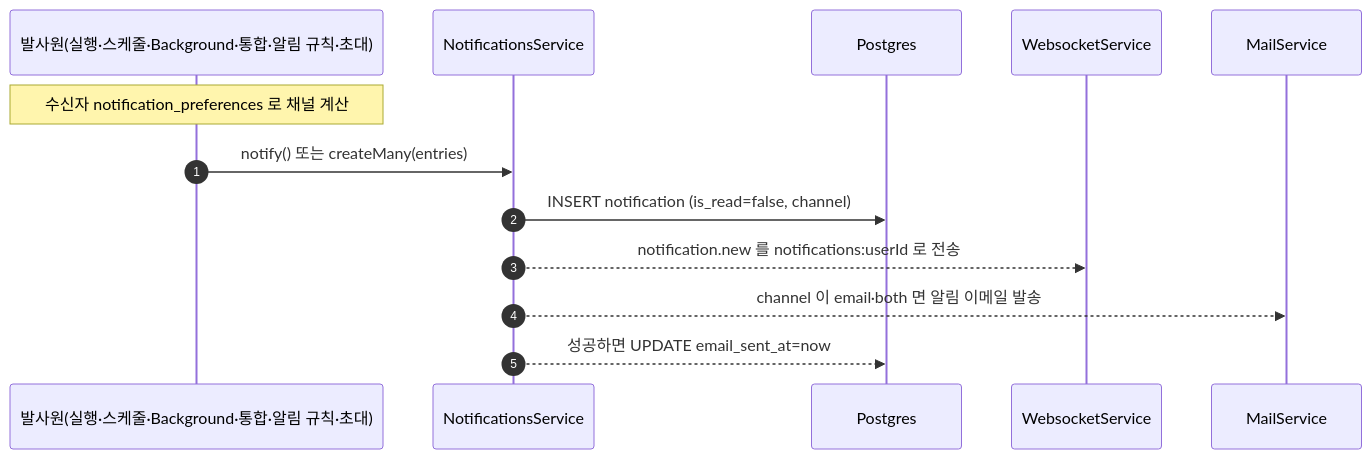
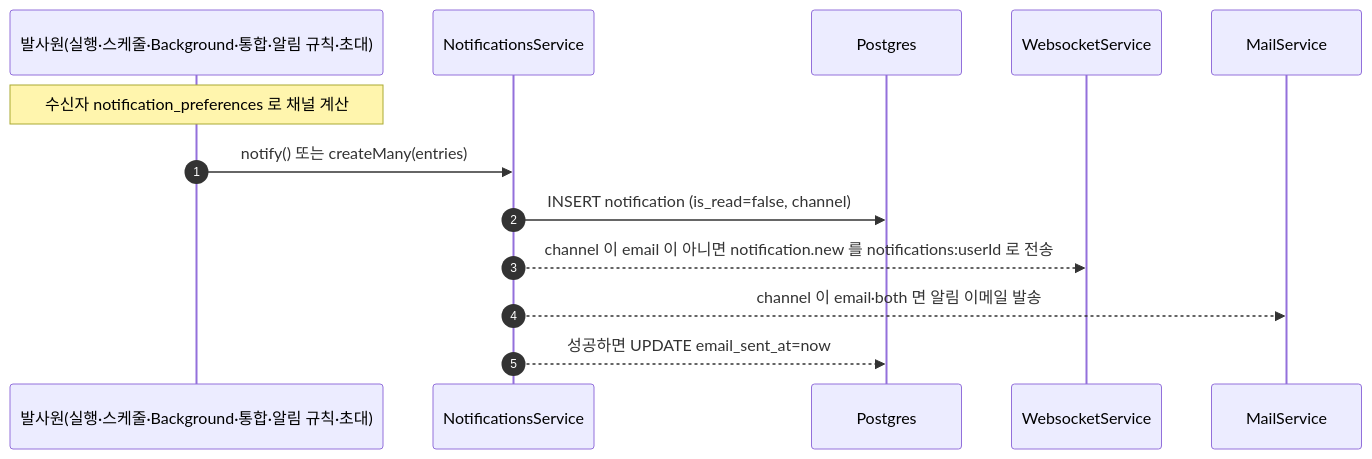
Before and after one commit to worker-ants/clemvion: the diagram in spec/CLE-OBS/CLE-OBS-NOTIFY.md, drawn with Mermaid. The commit also changed other lines of this file and 8 other files, not shown here.

````diff
--- a/spec/CLE-OBS/CLE-OBS-NOTIFY.md
+++ b/spec/CLE-OBS/CLE-OBS-NOTIFY.md
@@ -122,15 +124,15 @@
 ```mermaid
 sequenceDiagram
   autonumber
   participant Src as 발사원(실행·스케줄·Background·통합·알림 규칙·초대)
   participant Svc as NotificationsService
   participant PG as Postgres
   participant WS as WebsocketService
   participant Mail as MailService
   Note over Src: 수신자 notification_preferences 로 채널 계산
   Src->>Svc: notify() 또는 createMany(entries)
   Svc->>PG: INSERT notification (is_read=false, channel)
-  Svc-->>WS: notification.new 를 notifications:userId 로 전송
+  Svc-->>WS: channel 이 email 이 아니면 notification.new 를 notifications:userId 로 전송
   Svc-->>Mail: channel 이 email·both 면 알림 이메일 발송
   Svc-->>PG: 성공하면 UPDATE email_sent_at=now
 ```
````
